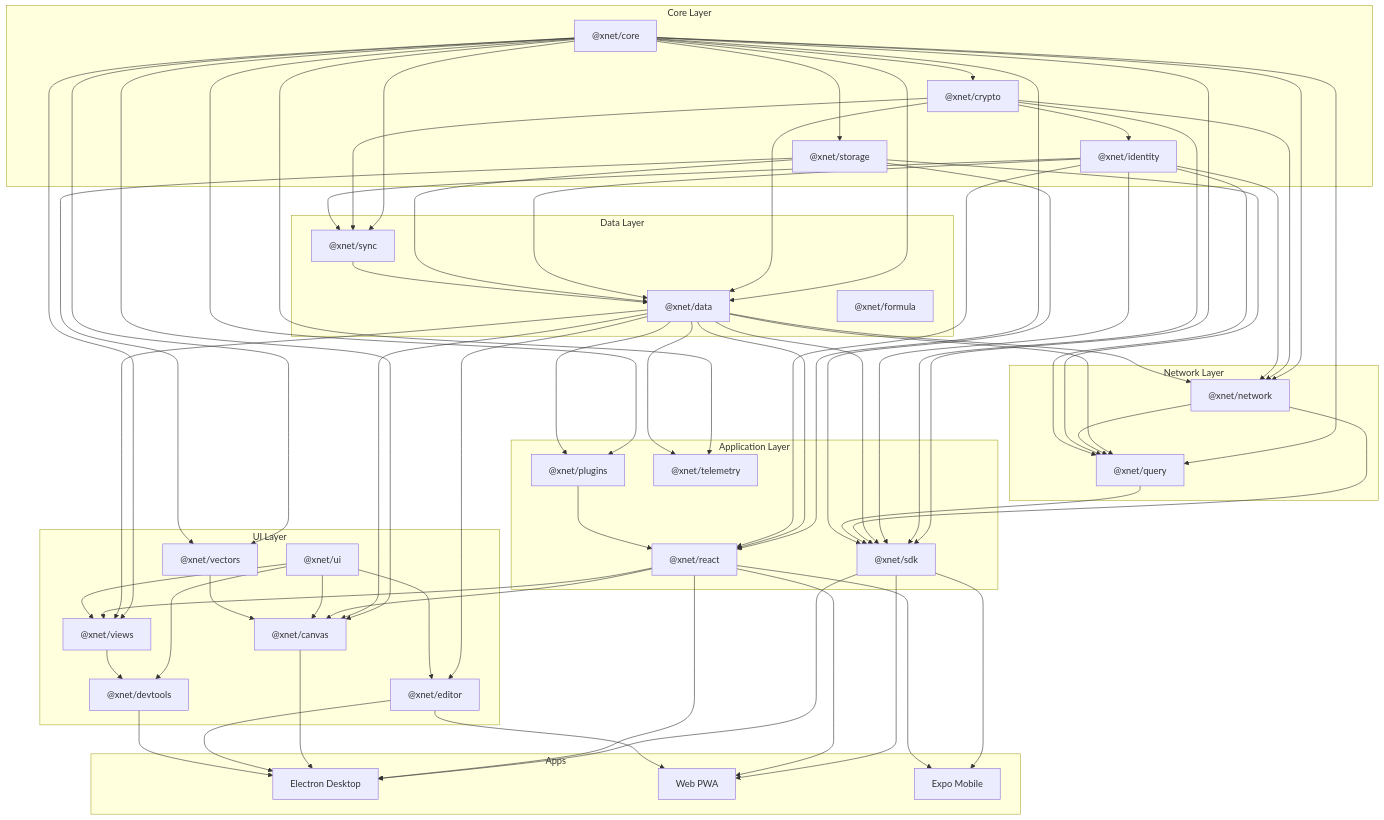
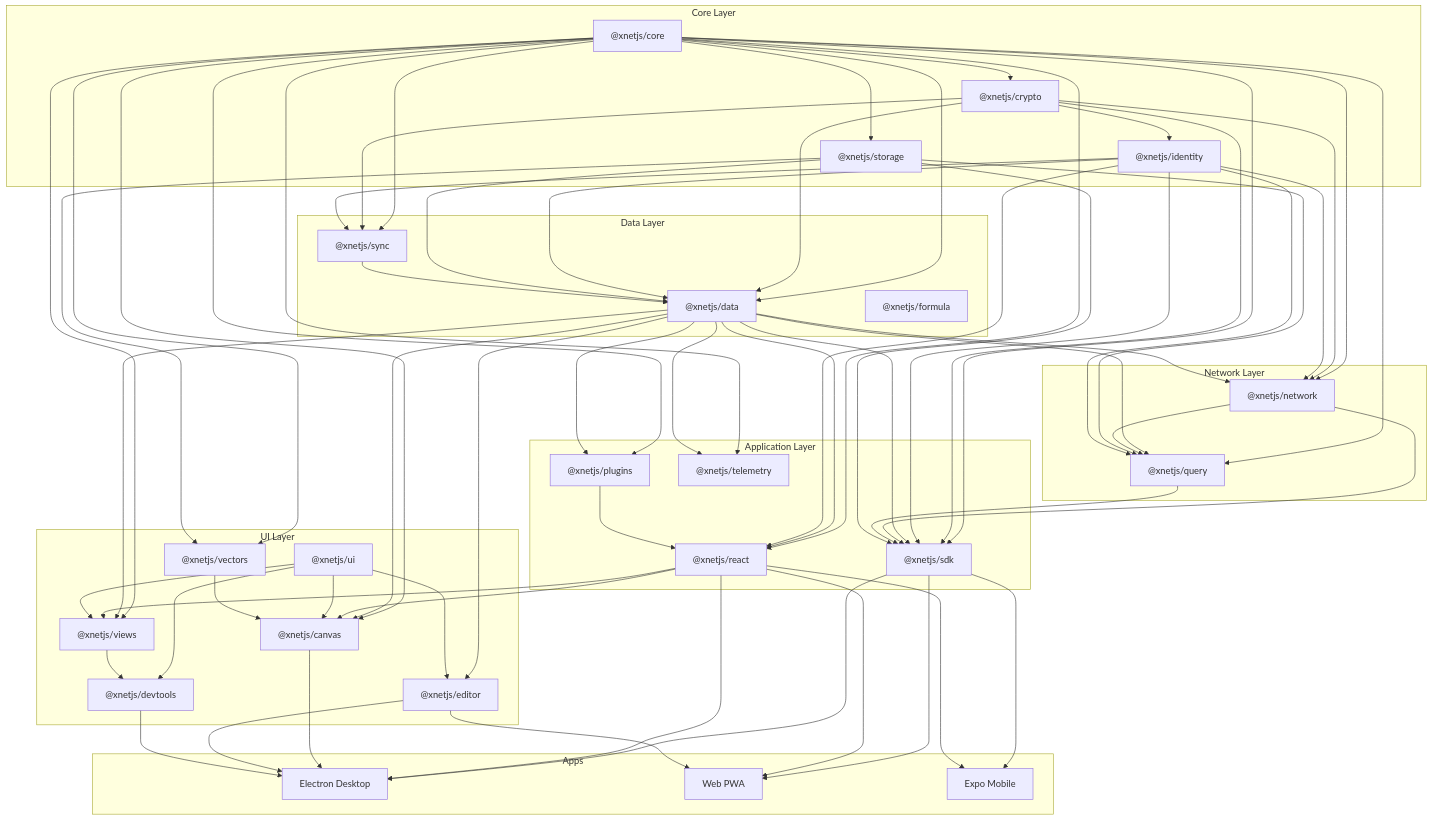
Before and after one commit to crs48/xNet: the diagram in docs/reviews/2026-01-30/README.md, drawn with Mermaid. The commit also changed 980 other files, not shown here.

````diff
--- a/docs/reviews/2026-01-30/README.md
+++ b/docs/reviews/2026-01-30/README.md
@@ -85,37 +85,37 @@
 ```mermaid
 graph TD
     subgraph "Core Layer"
-        core["@xnet/core"]
-        crypto["@xnet/crypto"]
-        identity["@xnet/identity"]
-        storage["@xnet/storage"]
+        core["@xnetjs/core"]
+        crypto["@xnetjs/crypto"]
+        identity["@xnetjs/identity"]
+        storage["@xnetjs/storage"]
     end
 
     subgraph "Data Layer"
-        sync["@xnet/sync"]
-        data["@xnet/data"]
-        formula["@xnet/formula"]
+        sync["@xnetjs/sync"]
+        data["@xnetjs/data"]
+        formula["@xnetjs/formula"]
     end
 
     subgraph "Network Layer"
-        network["@xnet/network"]
-        query["@xnet/query"]
+        network["@xnetjs/network"]
+        query["@xnetjs/query"]
     end
 
     subgraph "Application Layer"
-        sdk["@xnet/sdk"]
-        plugins["@xnet/plugins"]
-        react["@xnet/react"]
-        telemetry["@xnet/telemetry"]
+        sdk["@xnetjs/sdk"]
+        plugins["@xnetjs/plugins"]
+        react["@xnetjs/react"]
+        telemetry["@xnetjs/telemetry"]
     end
 
     subgraph "UI Layer"
-        ui["@xnet/ui"]
-        views["@xnet/views"]
-        canvas["@xnet/canvas"]
-        editor["@xnet/editor"]
-        devtools["@xnet/devtools"]
-        vectors["@xnet/vectors"]
+        ui["@xnetjs/ui"]
+        views["@xnetjs/views"]
+        canvas["@xnetjs/canvas"]
+        editor["@xnetjs/editor"]
+        devtools["@xnetjs/devtools"]
+        vectors["@xnetjs/vectors"]
     end
 
     subgraph "Apps"
````
